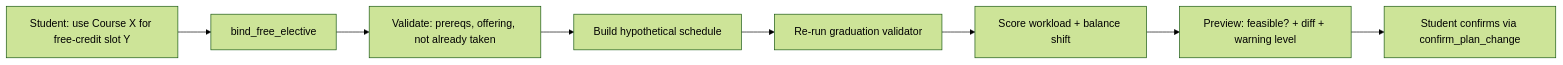
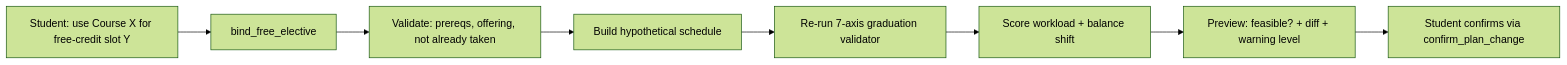
Before and after one commit to EdoardoMongardi/NYU_Path: the first of 3 diagrams in Docs/current-system/tools/bind_free_elective.md, drawn with Mermaid (forest theme). The commit also changed other lines of this file and 73 other files, not shown here.

````diff
--- a/Docs/current-system/tools/bind_free_elective.md
+++ b/Docs/current-system/tools/bind_free_elective.md
@@ -7,10 +9,10 @@
 ```mermaid
 flowchart LR
     Q[Student: use Course X for free-credit slot Y] --> T[bind_free_elective]
     T --> V[Validate: prereqs, offering, not already taken]
     V --> H[Build hypothetical schedule]
-    H --> R[Re-run graduation validator]
+    H --> R[Re-run 7-axis graduation validator]
     R --> S[Score workload + balance shift]
     S --> P[Preview: feasible? + diff + warning level]
     P --> C[Student confirms via confirm_plan_change]
 ```
````
